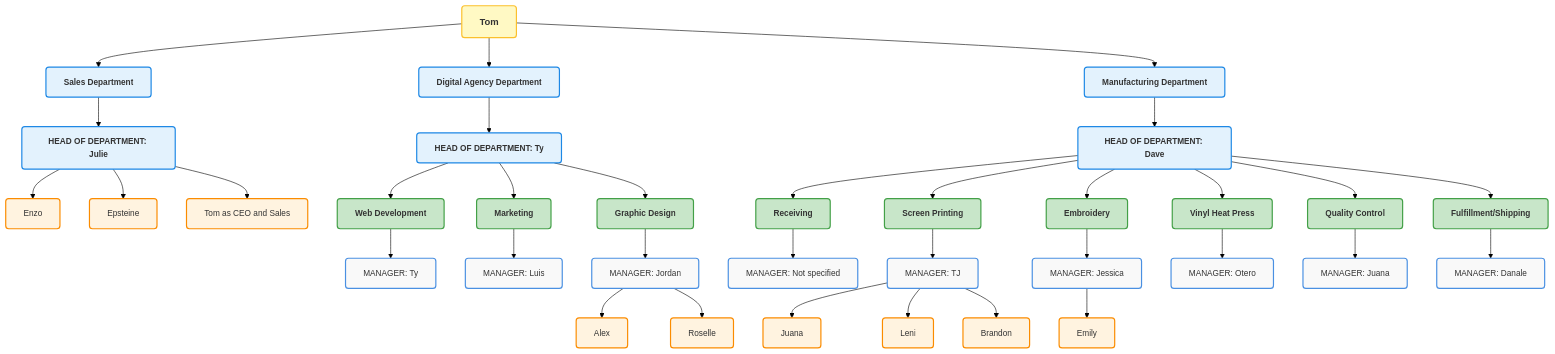
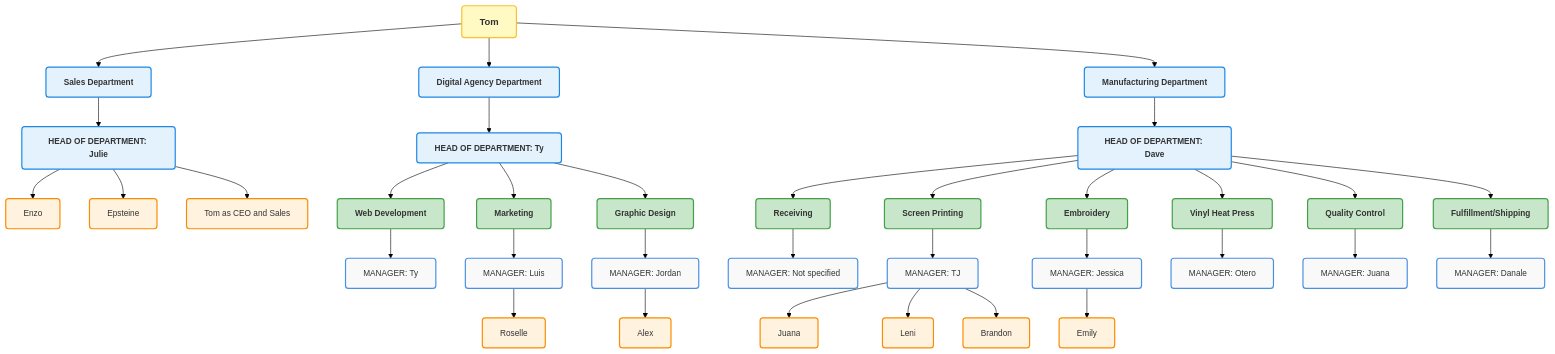
The first of 14 diagrams in README.md (TyGrim13/4WinnerFlows), drawn with Mermaid before and after one commit.

```diff
--- a/README.md
+++ b/README.md
@@ -89,7 +89,7 @@
     DigitalMgr --> GraphicDesign
     GraphicDesign --> GDSup
     GDSup --> Alex
-    GDSup --> Roselle
+    MarkSup --> Roselle
 
     class DigitalAgency,DigitalMgr manager
     class WebDev,Marketing,GraphicDesign supervisor
```
